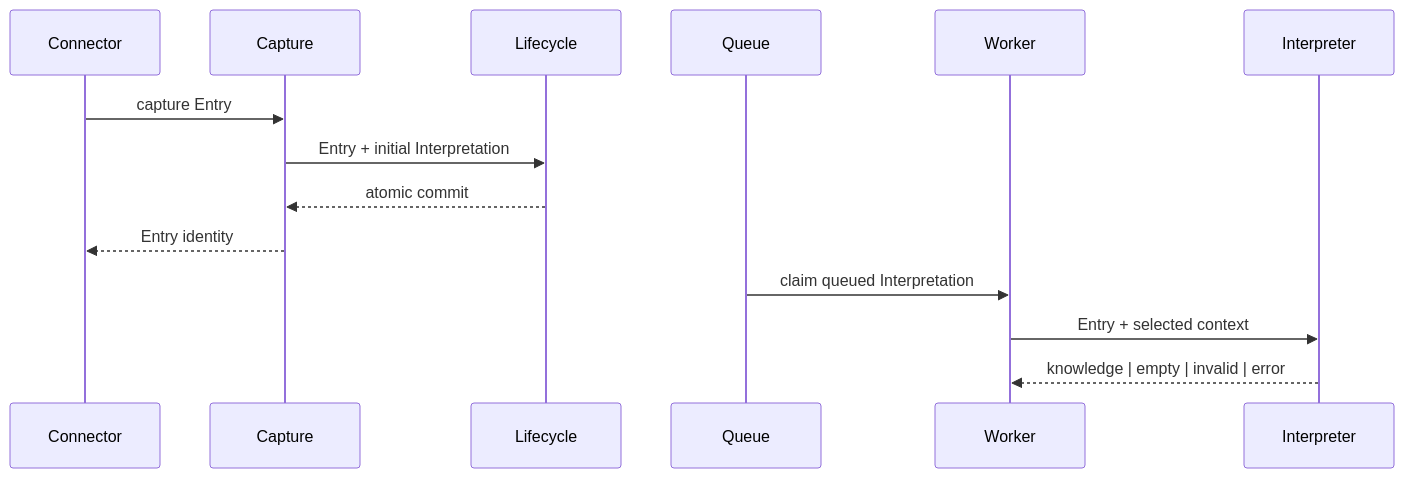
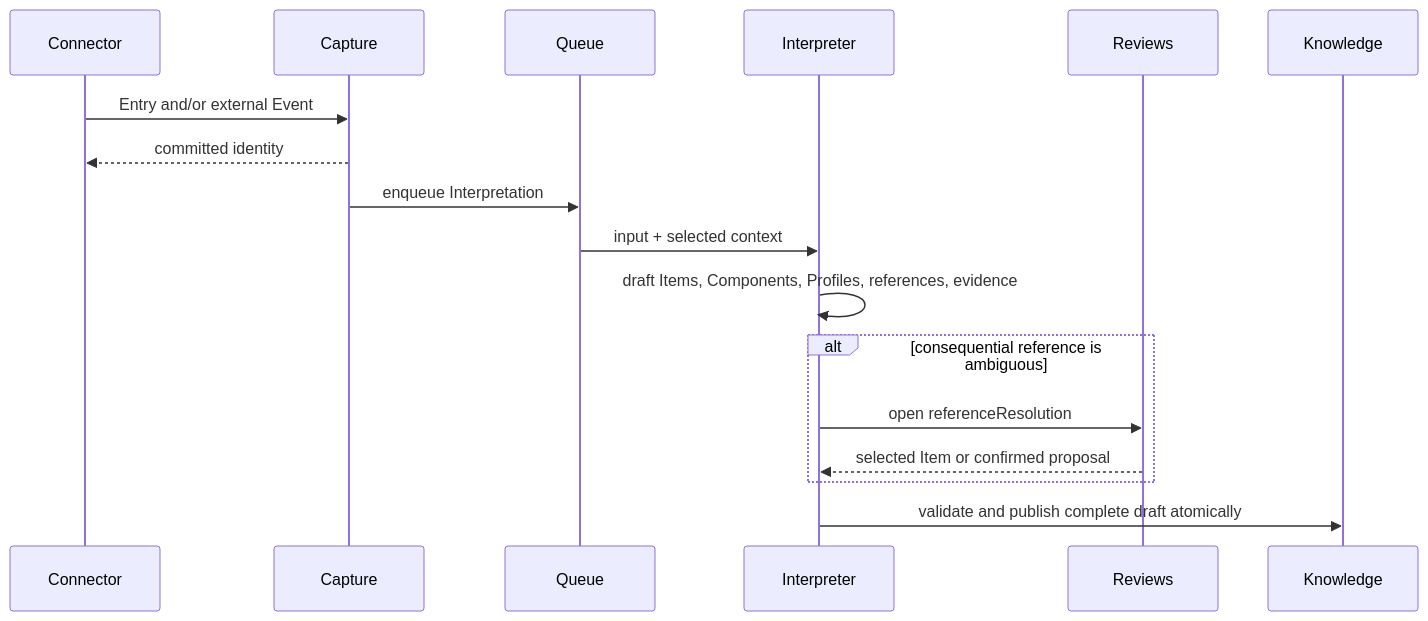
One commit to itmarck/wingman changed the first of 9 diagrams in docs/flows.md. Above: the diagram before and after it, drawn with Mermaid. The commit also changed other lines of this file and 1 other file, not shown here.

Commit message:
docs: update flows and main diagram

````diff
--- a/docs/flows.md
+++ b/docs/flows.md
@@ -8,17 +9,20 @@
 ```mermaid
 sequenceDiagram
     participant Connector
     participant Capture
-    participant Lifecycle
     participant Queue
-    participant Worker
     participant Interpreter
+    participant Reviews
+    participant Knowledge
 
-    Connector->>Capture: capture Entry
-    Capture->>Lifecycle: Entry + initial Interpretation
-    Lifecycle-->>Capture: atomic commit
-    Capture-->>Connector: Entry identity
-    Queue->>Worker: claim queued Interpretation
-    Worker->>Interpreter: Entry + selected context
-    Interpreter-->>Worker: knowledge | empty | invalid | error
+    Connector->>Capture: Entry and/or external Event
+    Capture-->>Connector: committed identity
+    Capture->>Queue: enqueue Interpretation
+    Queue->>Interpreter: input + selected context
+    Interpreter->>Interpreter: draft Items, Components, Profiles, references, evidence
+    alt consequential reference is ambiguous
+        Interpreter->>Reviews: open referenceResolution
+        Reviews-->>Interpreter: selected Item or confirmed proposal
+    end
+    Interpreter->>Knowledge: validate and publish complete draft atomically
 ```
````
